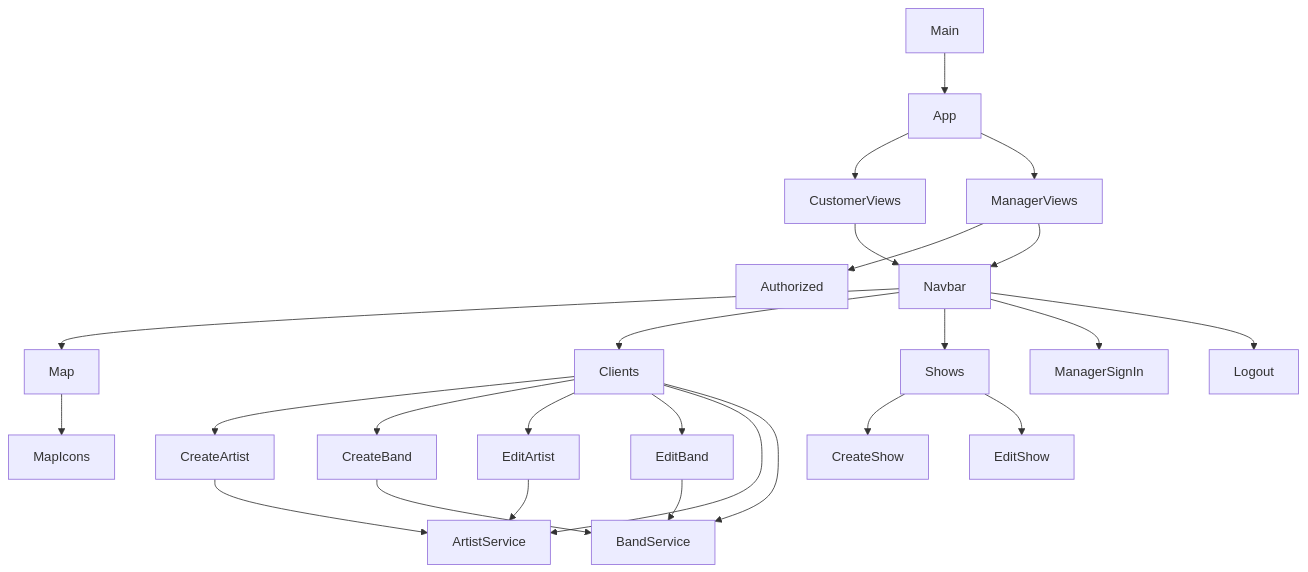
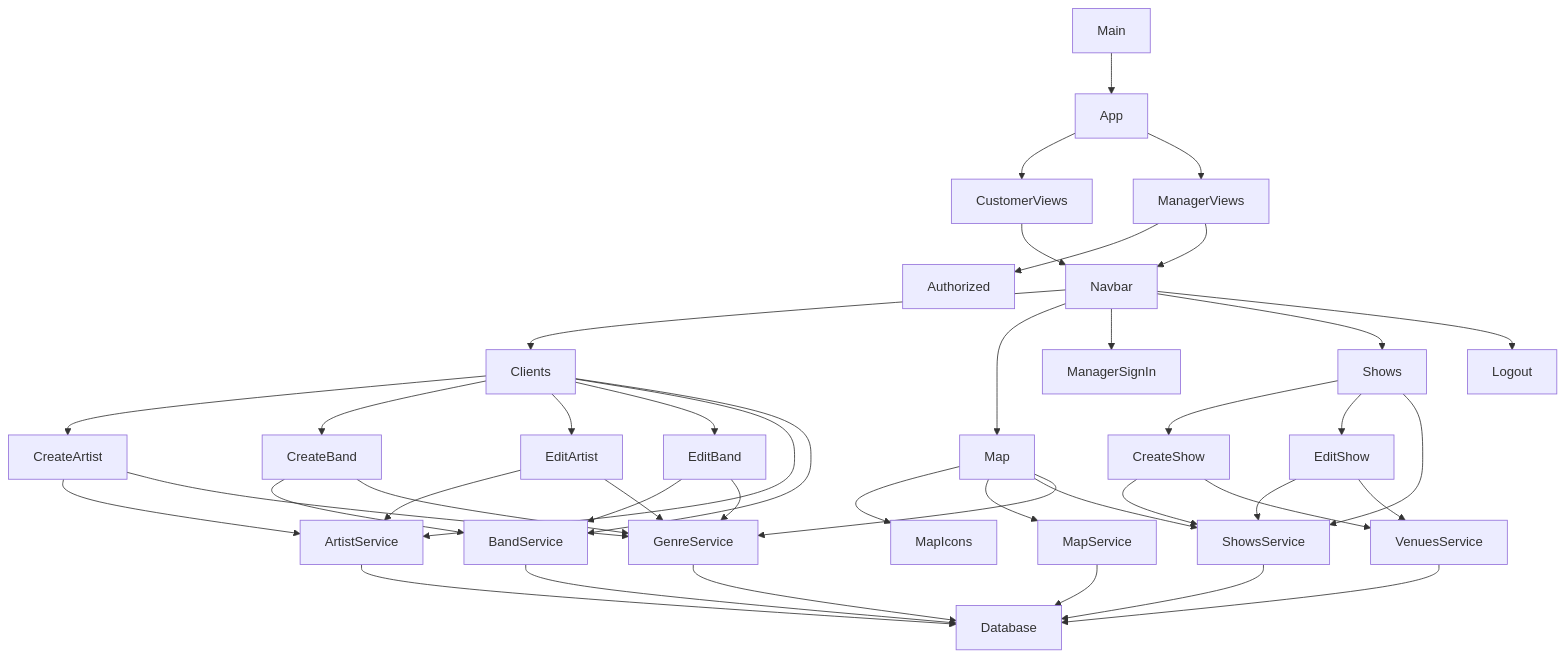
Before and after one commit to jackgardner99/Gig-Gazette: the diagram in DependencyGraph.md, drawn with Mermaid.

````diff
--- a/DependencyGraph.md
+++ b/DependencyGraph.md
@@ -1,30 +1,49 @@
 ```mermaid
 
     graph TD;
 
         Main-->App
         App-->CustomerViews
         App-->ManagerViews
         ManagerViews-->Authorized
         CustomerViews-->Navbar
         ManagerViews-->Navbar
+        Navbar-->Clients
         Navbar-->Map
-        Navbar-->Clients
+        Navbar-->ManagerSignIn
         Navbar-->Shows
-        Navbar-->ManagerSignIn
         Navbar-->Logout
-        Map-->MapIcons
         Clients-->CreateArtist
         Clients-->CreateBand
         Clients-->EditArtist
         Clients-->EditBand
         Clients-->ArtistService
         Clients-->BandService
         CreateArtist-->ArtistService
         EditArtist-->ArtistService
+        CreateArtist-->GenreService
+        EditArtist-->GenreService
         CreateBand-->BandService
         EditBand-->BandService
+        CreateBand-->GenreService
+        EditBand-->GenreService
         Shows-->CreateShow
         Shows-->EditShow
+        Shows-->ShowsService
+        CreateShow-->ShowsService
+        EditShow-->ShowsService
+        CreateShow-->VenuesService
+        EditShow-->VenuesService
+        Map-->MapIcons
+        Map-->MapService
+        Map-->ShowsService
+        Map-->GenreService
+        ArtistService-->Database
+        BandService-->Database
+        MapService-->Database
+        ShowsService-->Database
+        VenuesService-->Database
+        GenreService-->Database
+
         
 ```
````
